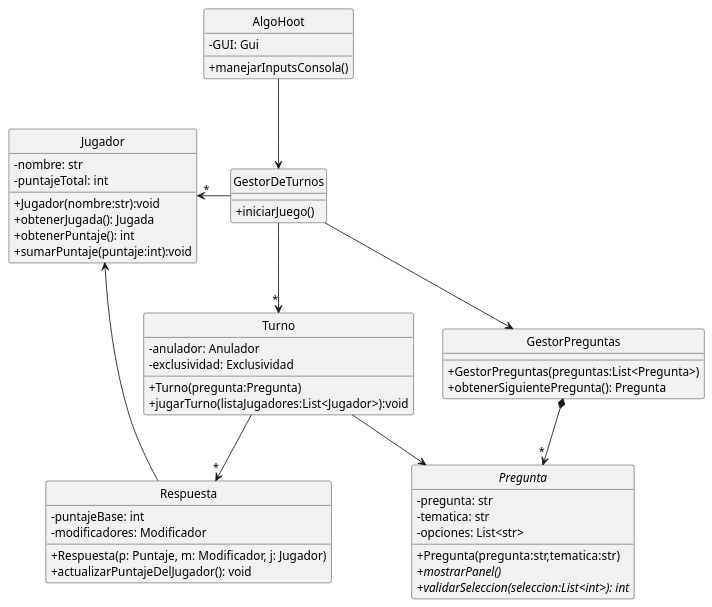
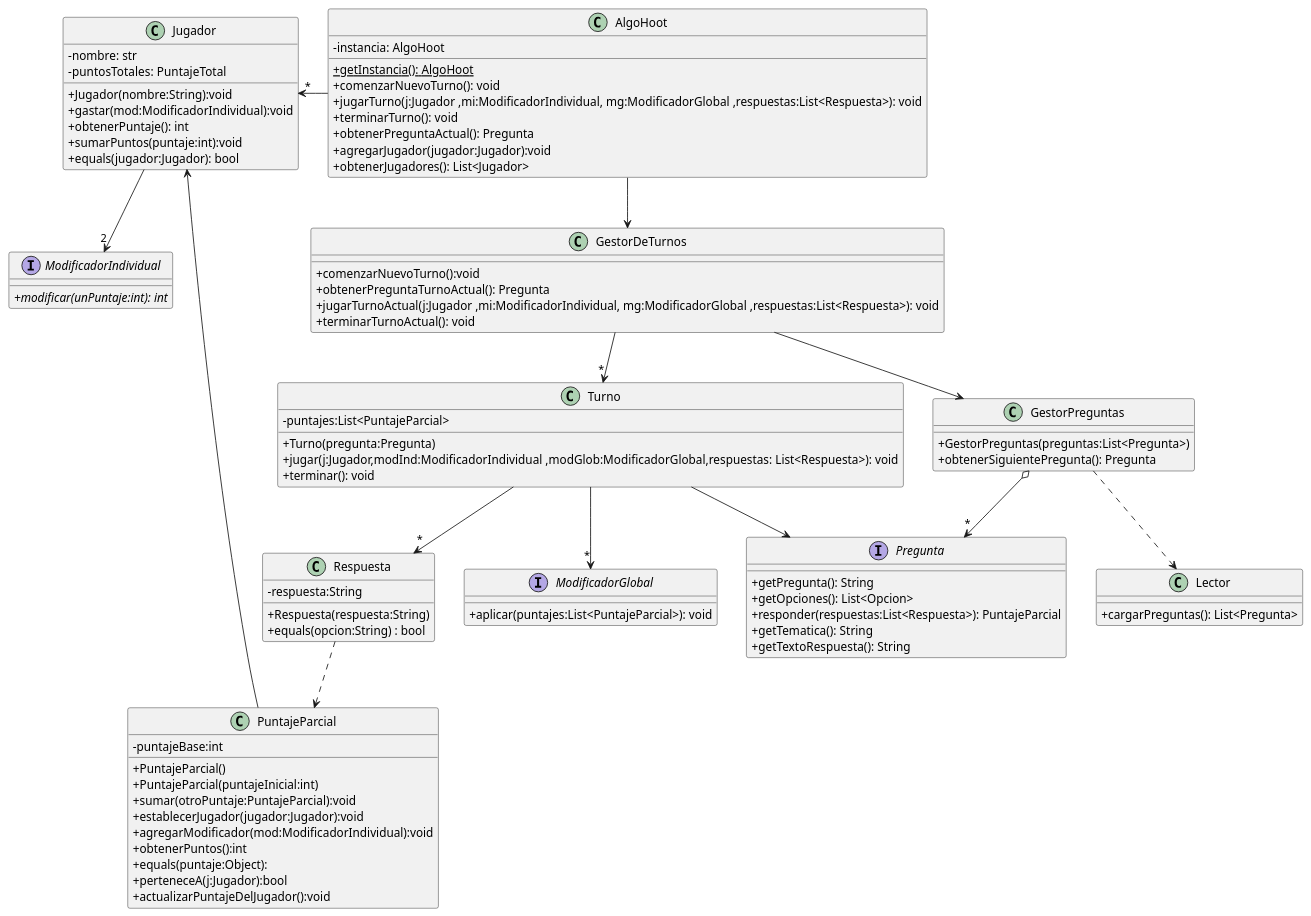
One commit to fiuba/algo3_proyecto_base_tp2 changed the diagram in diagrams/classes/entrega0/clases2.plantuml. Above: the diagram before and after it, drawn with PlantUML.

Commit message:
actualizacion de diagrama de clases

```diff
--- a/diagrams/classes/entrega0/clases2.plantuml
+++ b/diagrams/classes/entrega0/clases2.plantuml
@@ -1,62 +1,102 @@
 @startuml clasesGenerales
 
-skinparam monochrome true
-hide circle
+skinparam monochrome false
+/'skinparam monochrome true'/
+/'hide circle '/
 skinparam classAttributeIconSize 0
 
-Abstract Pregunta {
-    - pregunta: str
-    - tematica: str
-    - opciones: List<str>
-    + Pregunta(pregunta:str,tematica:str)
-    + {abstract} mostrarPanel()
-    + {abstract} validarSeleccion(seleccion:List<int>): int
+interface Pregunta {
+    + getPregunta(): String
+    + getOpciones(): List<Opcion>
+    + responder(respuestas:List<Respuesta>): PuntajeParcial
+    + getTematica(): String
+    + getTextoRespuesta(): String
 }
 
 class GestorDeTurnos {
-    + iniciarJuego()
+    +comenzarNuevoTurno():void
+    +obtenerPreguntaTurnoActual(): Pregunta
+    +jugarTurnoActual(j:Jugador ,mi:ModificadorIndividual, mg:ModificadorGlobal ,respuestas:List<Respuesta>): void
+    +terminarTurnoActual(): void
 }
 
 class Turno {
-    - anulador: Anulador
-    - exclusividad: Exclusividad
+    - puntajes:List<PuntajeParcial>
     + Turno(pregunta:Pregunta)
-    + jugarTurno(listaJugadores:List<Jugador>):void
+    + jugar(j:Jugador,modInd:ModificadorIndividual ,modGlob:ModificadorGlobal,respuestas: List<Respuesta>): void
+    + terminar(): void
 }
 
 class GestorPreguntas {
     +GestorPreguntas(preguntas:List<Pregunta>)
     +obtenerSiguientePregunta(): Pregunta
 }
 
 class Jugador {
     - nombre: str
-    - puntajeTotal: int
-    + Jugador(nombre:str):void
-    + obtenerJugada(): Jugada
+    - puntosTotales: PuntajeTotal
+    + Jugador(nombre:String):void
+    + gastar(mod:ModificadorIndividual):void
     + obtenerPuntaje(): int
-    + sumarPuntaje(puntaje:int):void
+    + sumarPuntos(puntaje:int):void
+    + equals(jugador:Jugador): bool
 }
 
 class Respuesta {
-    - puntajeBase: int
-    - modificadores: Modificador
-    + Respuesta(p: Puntaje, m: Modificador, j: Jugador)
-    + actualizarPuntajeDelJugador(): void
+    - respuesta:String
+    + Respuesta(respuesta:String)
+    + equals(opcion:String) : bool
 }
 
 class AlgoHoot {
-    - GUI: Gui
-    + manejarInputsConsola()
+    - instancia: AlgoHoot
+    + {static}getInstancia(): AlgoHoot
+    + comenzarNuevoTurno(): void
+    + jugarTurno(j:Jugador ,mi:ModificadorIndividual, mg:ModificadorGlobal ,respuestas:List<Respuesta>): void
+    + terminarTurno(): void
+    + obtenerPreguntaActual(): Pregunta
+    + agregarJugador(jugador:Jugador):void
+    + obtenerJugadores(): List<Jugador>
 }
 
-Jugador "*" <- GestorDeTurnos
+class Lector{
+    +cargarPreguntas(): List<Pregunta>
+}
+
+interface ModificadorIndividual{
+    + {abstract} modificar(unPuntaje:int): int
+}
+
+interface ModificadorGlobal{
+    +aplicar(puntajes:List<PuntajeParcial>): void
+}
+
+class PuntajeParcial{
+    -puntajeBase:int
+    +PuntajeParcial()
+    +PuntajeParcial(puntajeInicial:int)
+    +sumar(otroPuntaje:PuntajeParcial):void
+    +establecerJugador(jugador:Jugador):void
+    +agregarModificador(mod:ModificadorIndividual):void
+    +obtenerPuntos():int
+    +equals(puntaje:Object):
+    +perteneceA(j:Jugador):bool
+    +actualizarPuntajeDelJugador():void
+}
+
+
 GestorDeTurnos -down-> GestorPreguntas
 GestorDeTurnos -down-> "*" Turno
-GestorPreguntas *-->"*" Pregunta
+GestorPreguntas o-->"*" Pregunta
+GestorPreguntas ..> Lector
 Turno --> Pregunta
 Turno --> "*" Respuesta
-Respuesta --> Jugador
 AlgoHoot --> GestorDeTurnos
+AlgoHoot -left->"*" Jugador
+PuntajeParcial --> Jugador
+Respuesta ..> PuntajeParcial
+
+Jugador --> "2" ModificadorIndividual
+Turno -->"*" ModificadorGlobal
 
 @enduml
```
